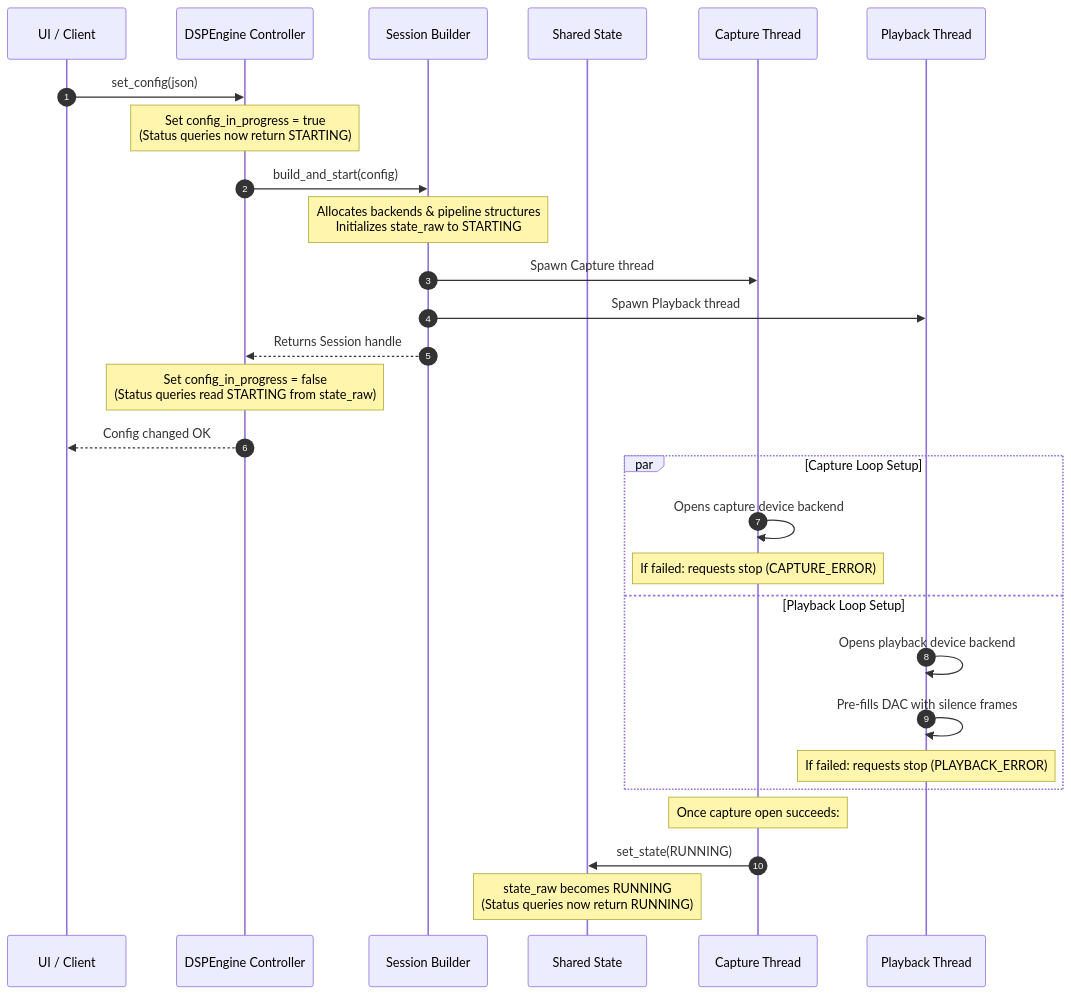
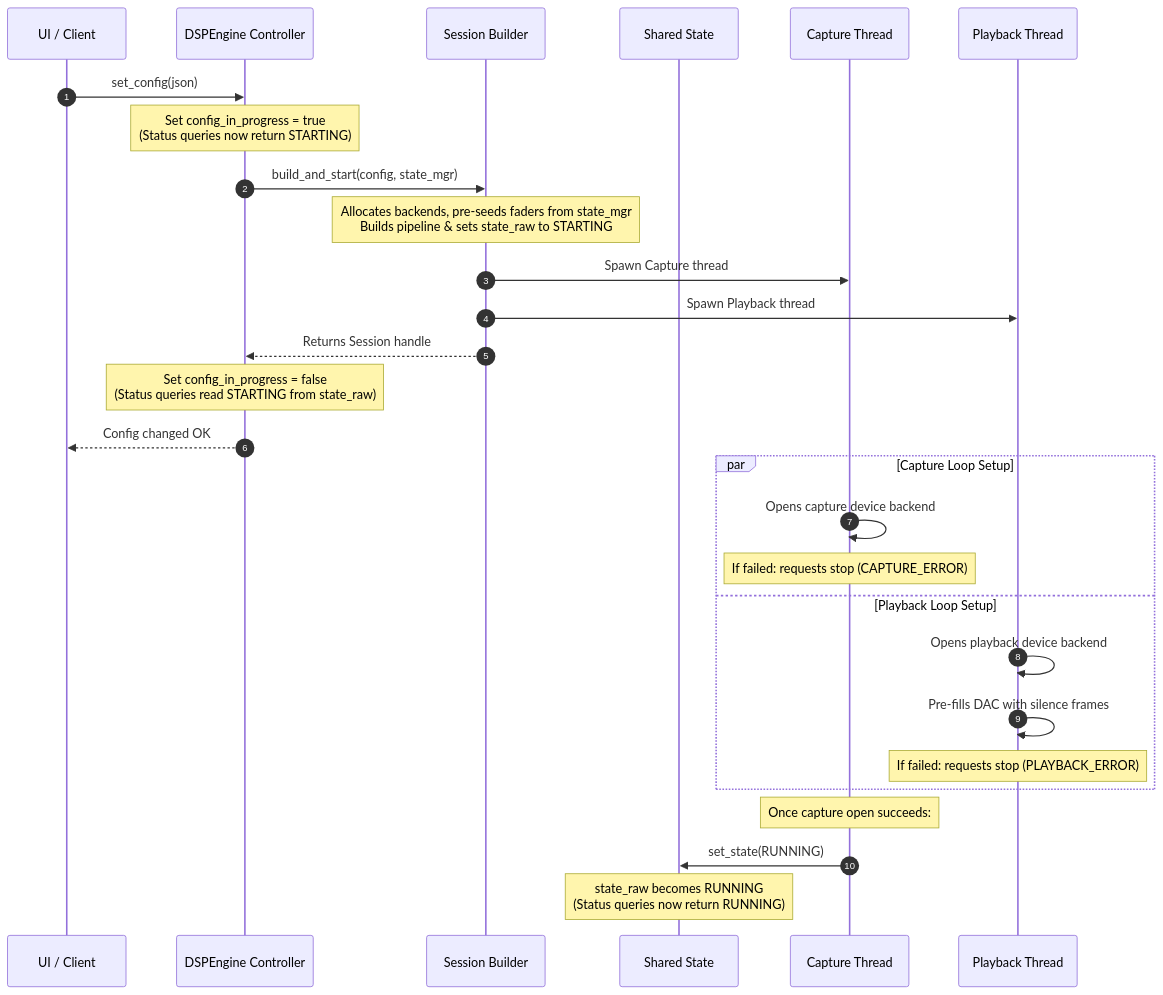
Before and after one commit to Wang-Yue/cdsp: the third of 8 diagrams in engine_state_management.md, drawn with Mermaid. The commit also changed other lines of this file and 7 other files, not shown here.

````diff
--- a/engine_state_management.md
+++ b/engine_state_management.md
@@ -201,33 +201,33 @@
 ```mermaid
 sequenceDiagram
     autonumber
     participant U as UI / Client
     participant E as DSPEngine Controller
     participant B as Session Builder
     participant S as Shared State
     participant C as Capture Thread
     participant K as Playback Thread
 
     U->>E: set_config(json)
     Note over E: Set config_in_progress = true<br/>(Status queries now return STARTING)
-    E->>B: build_and_start(config)
-    Note over B: Allocates backends & pipeline structures<br/>Initializes state_raw to STARTING
+    E->>B: build_and_start(config, state_mgr)
+    Note over B: Allocates backends, pre-seeds faders from state_mgr<br/>Builds pipeline & sets state_raw to STARTING
     B->>C: Spawn Capture thread
     B->>K: Spawn Playback thread
     B-->>E: Returns Session handle
     Note over E: Set config_in_progress = false<br/>(Status queries read STARTING from state_raw)
     E-->>U: Config changed OK
 
     par Capture Loop Setup
         C->>C: Opens capture device backend
         Note over C: If failed: requests stop (CAPTURE_ERROR)
     and Playback Loop Setup
         K->>K: Opens playback device backend
         K->>K: Pre-fills DAC with silence frames
         Note over K: If failed: requests stop (PLAYBACK_ERROR)
     end
 
     Note over C: Once capture open succeeds:
     C->>S: set_state(RUNNING)
     Note over S: state_raw becomes RUNNING<br/>(Status queries now return RUNNING)
 ```
````
